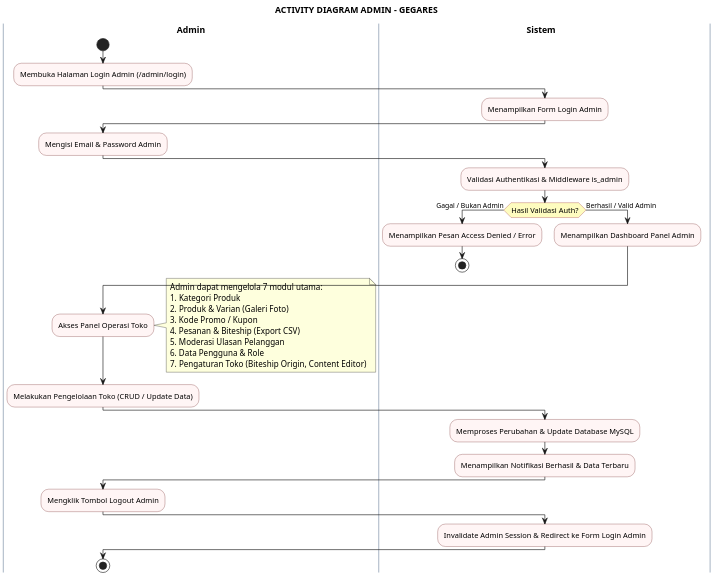
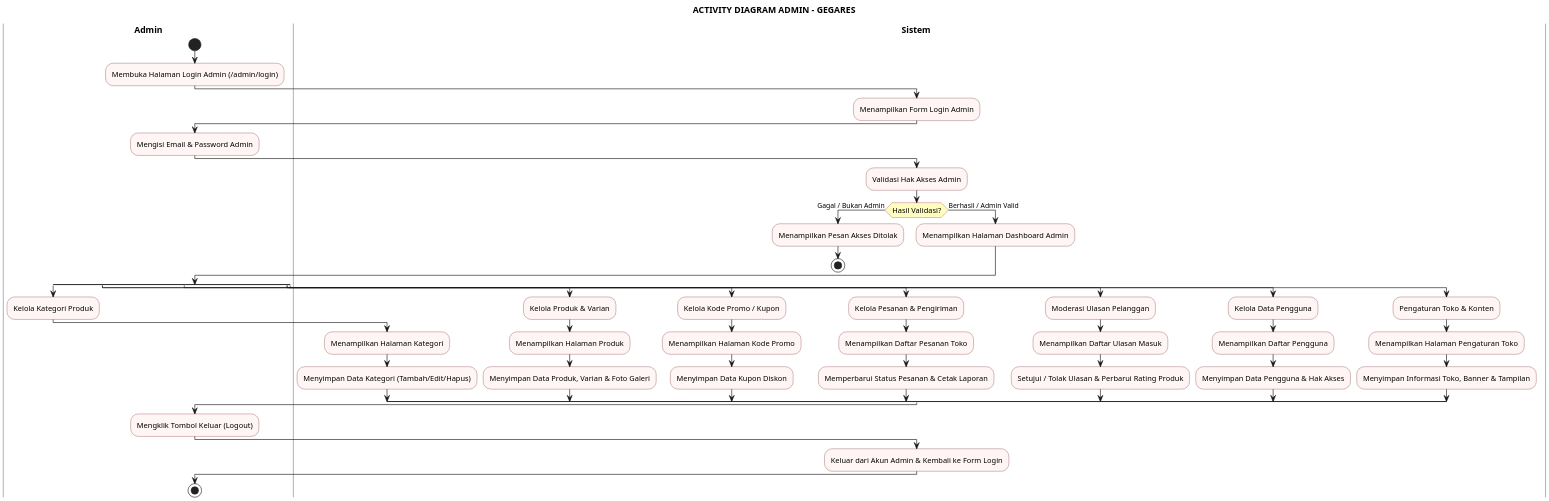
One commit to greedykid/gegares_toko changed the diagram in activity_diagram_admin.puml. Above: the diagram before and after it, drawn with PlantUML. The commit also changed 11 other files, not shown here.

Commit message:
docs(diagram): update activity diagrams terminology to non-technical Bahasa Indonesia and Pakasir payment

```diff
--- a/activity_diagram_admin.puml
+++ b/activity_diagram_admin.puml
@@ -1,63 +1,87 @@
 @startuml
 skinparam dpi 180
 skinparam defaultFontName "SansSerif"
 skinparam ActivityFontSize 12
 skinparam ActivityBorderColor #742A2A
 skinparam ActivityBackgroundColor #FFF5F5
 skinparam ActivityDiamondBorderColor #9B2C2C
 skinparam ActivityDiamondBackgroundColor #FEFCBF
 skinparam SwimlaneTitleFontSize 14
 skinparam SwimlaneTitleFontStyle bold
 skinparam SwimlaneBorderColor #A0AEC0
-skinparam SwimlaneWidth 300
+skinparam SwimlaneWidth 280
 
 title **ACTIVITY DIAGRAM ADMIN - GEGARES**
 
 |Admin|
 start
 :Membuka Halaman Login Admin (/admin/login);
 
 |Sistem|
 :Menampilkan Form Login Admin;
 
 |Admin|
 :Mengisi Email & Password Admin;
 
 |Sistem|
-:Validasi Authentikasi & Middleware is_admin;
-if (Hasil Validasi Auth?) then (Gagal / Bukan Admin)
-  :Menampilkan Pesan Access Denied / Error;
+:Validasi Hak Akses Admin;
+if (Hasil Validasi?) then (Gagal / Bukan Admin)
+  :Menampilkan Pesan Akses Ditolak;
   stop
-else (Berhasil / Valid Admin)
-  :Menampilkan Dashboard Panel Admin;
+else (Berhasil / Admin Valid)
+  :Menampilkan Halaman Dashboard Admin;
 endif
 
 |Admin|
-:Akses Panel Operasi Toko;
-note right
-  Admin dapat mengelola 7 modul utama:
-  1. Kategori Produk
-  2. Produk & Varian (Galeri Foto)
-  3. Kode Promo / Kupon
-  4. Pesanan & Biteship (Export CSV)
-  5. Moderasi Ulasan Pelanggan
-  6. Data Pengguna & Role
-  7. Pengaturan Toko (Biteship Origin, Content Editor)
-end note
+split
+  :Kelola Kategori Produk;
+  |Sistem|
+  :Menampilkan Halaman Kategori;
+  :Menyimpan Data Kategori (Tambah/Edit/Hapus);
+
+split again
+  :Kelola Produk & Varian;
+  |Sistem|
+  :Menampilkan Halaman Produk;
+  :Menyimpan Data Produk, Varian & Foto Galeri;
+
+split again
+  :Kelola Kode Promo / Kupon;
+  |Sistem|
+  :Menampilkan Halaman Kode Promo;
+  :Menyimpan Data Kupon Diskon;
+
+split again
+  :Kelola Pesanan & Pengiriman;
+  |Sistem|
+  :Menampilkan Daftar Pesanan Toko;
+  :Memperbarui Status Pesanan & Cetak Laporan;
+
+split again
+  :Moderasi Ulasan Pelanggan;
+  |Sistem|
+  :Menampilkan Daftar Ulasan Masuk;
+  :Setujui / Tolak Ulasan & Perbarui Rating Produk;
+
+split again
+  :Kelola Data Pengguna;
+  |Sistem|
+  :Menampilkan Daftar Pengguna;
+  :Menyimpan Data Pengguna & Hak Akses;
+
+split again
+  :Pengaturan Toko & Konten;
+  |Sistem|
+  :Menampilkan Halaman Pengaturan Toko;
+  :Menyimpan Informasi Toko, Banner & Tampilan;
+end split
 
 |Admin|
-:Melakukan Pengelolaan Toko (CRUD / Update Data);
+:Mengklik Tombol Keluar (Logout);
 
 |Sistem|
-:Memproses Perubahan & Update Database MySQL;
-:Menampilkan Notifikasi Berhasil & Data Terbaru;
-
-|Admin|
-:Mengklik Tombol Logout Admin;
-
-|Sistem|
-:Invalidate Admin Session & Redirect ke Form Login Admin;
+:Keluar dari Akun Admin & Kembali ke Form Login;
 
 |Admin|
 stop
 @enduml
```
